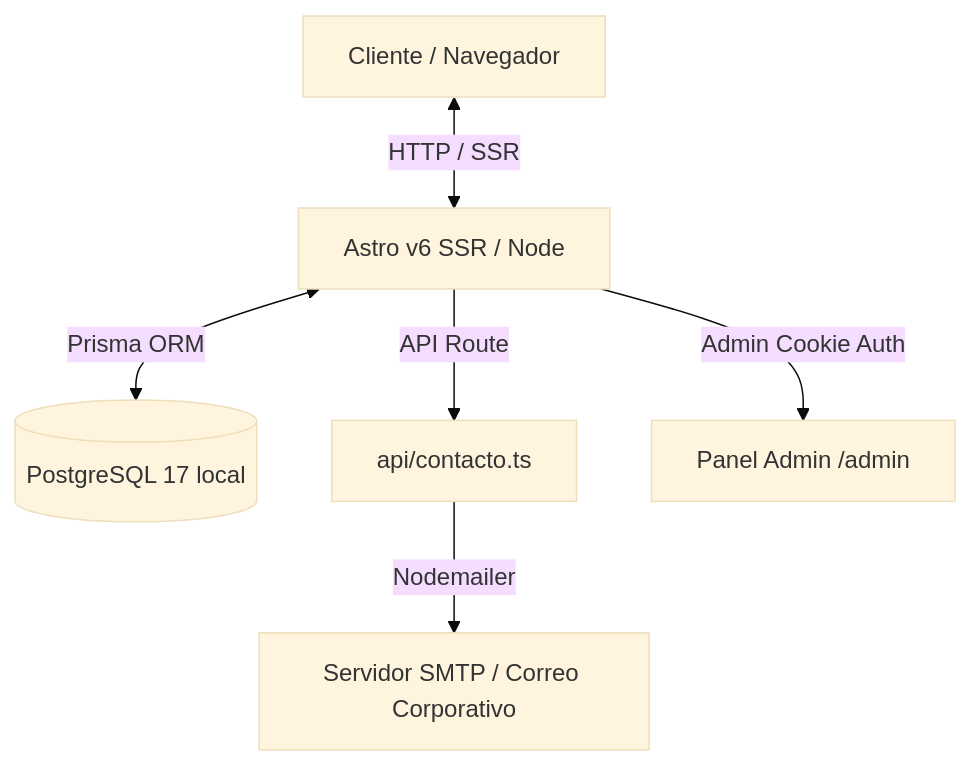
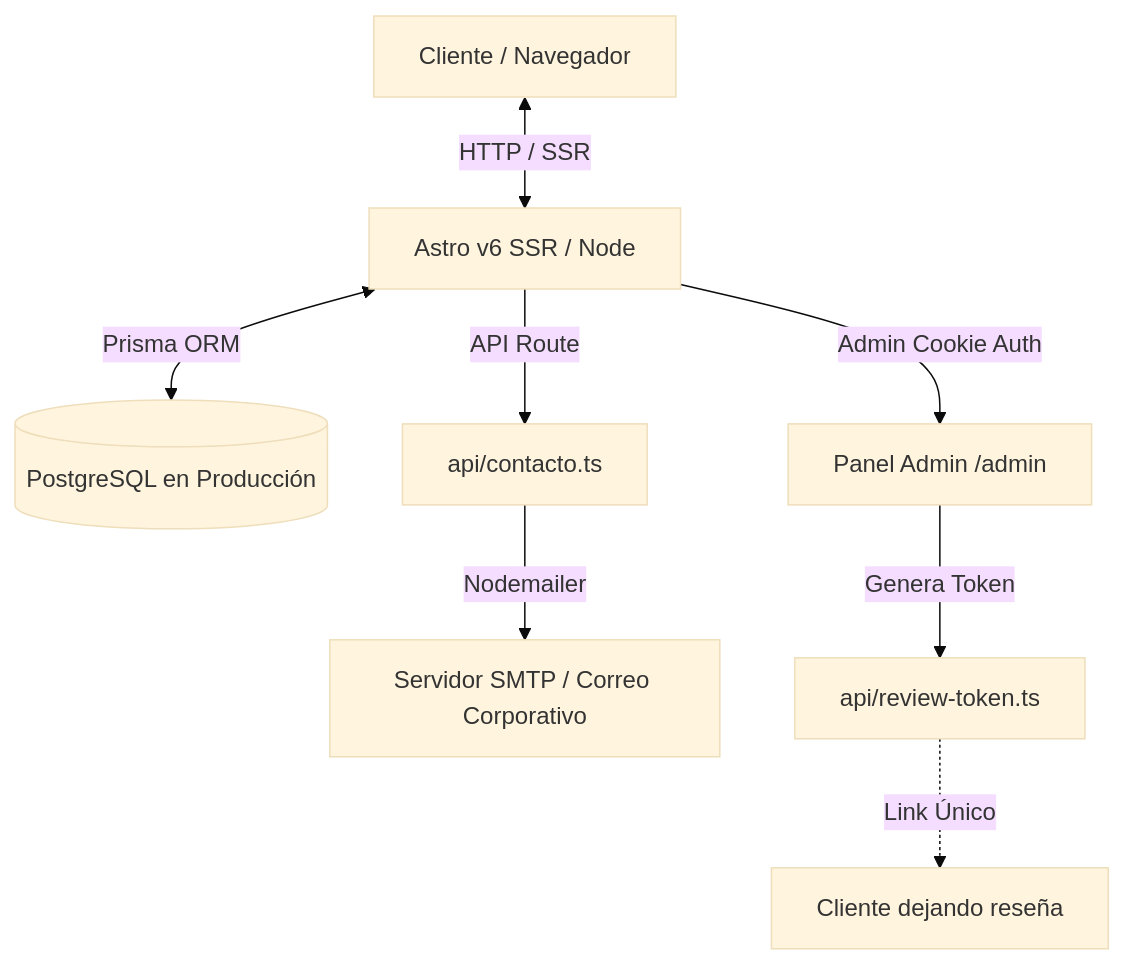
The diagram in README.md (Frank9015/AsesoriasBorotto), drawn with Mermaid (base theme) before and after one commit. The commit also changed other lines of this file, not shown here.

````diff
--- a/README.md
+++ b/README.md
@@ -20,8 +21,10 @@
 ```mermaid
 graph TD
     Client[Cliente / Navegador] <-->|HTTP / SSR| Astro[Astro v6 SSR / Node]
-    Astro <-->|Prisma ORM| DB[(PostgreSQL 17 local)]
+    Astro <-->|Prisma ORM| DB[(PostgreSQL en Producción)]
     Astro -->|API Route| ContactAPI[api/contacto.ts]
     ContactAPI -->|Nodemailer| SMTP[Servidor SMTP / Correo Corporativo]
     Astro -->|Admin Cookie Auth| AdminPanel[Panel Admin /admin]
+    AdminPanel -->|Genera Token| TokenAPI[api/review-token.ts]
+    TokenAPI -.->|Link Único| ClientReview[Cliente dejando reseña]
 ```
````
